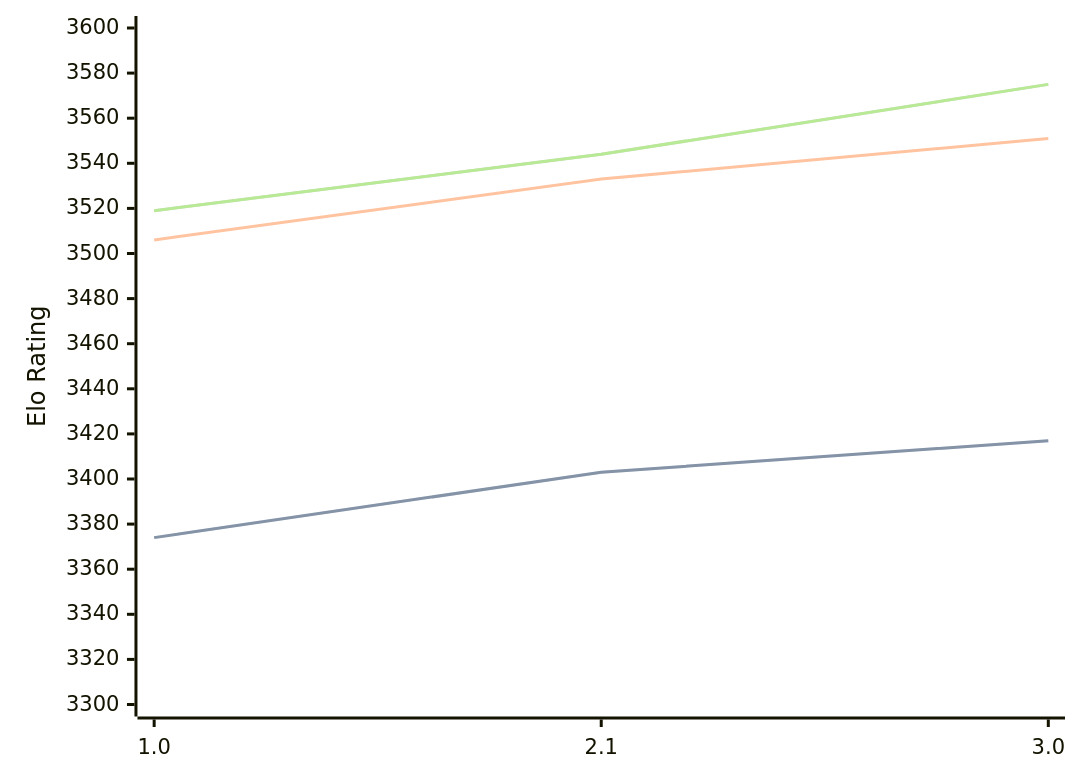
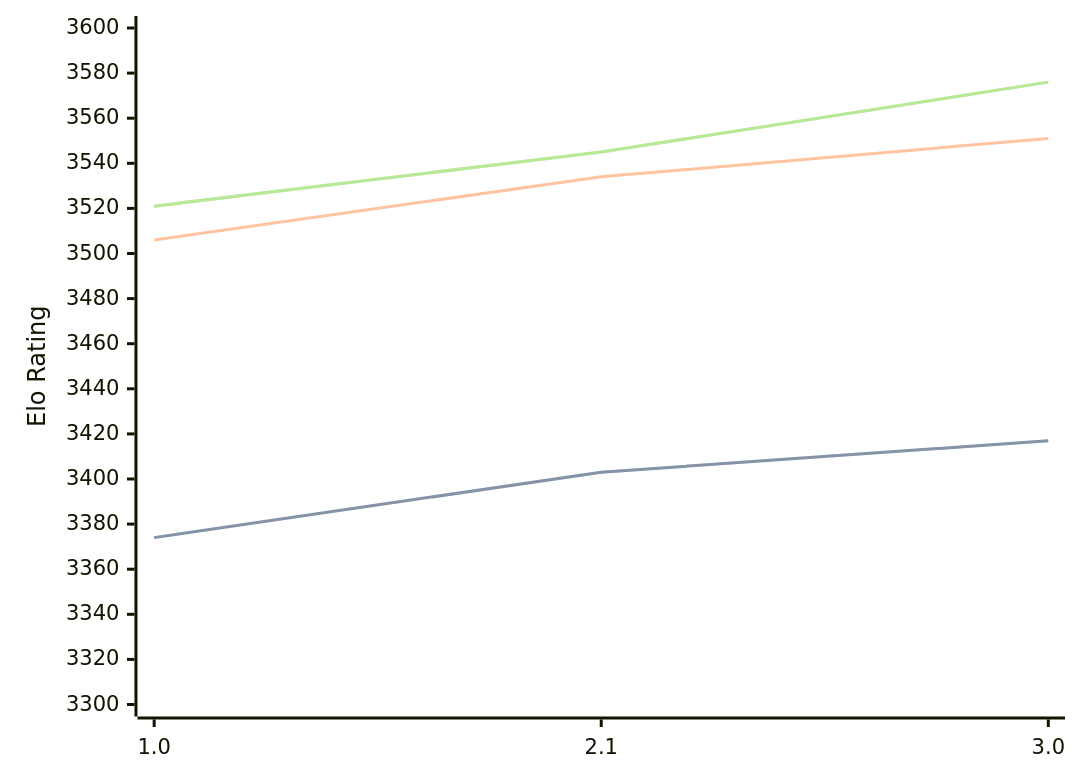
The diagram in engines/Hobbes.md (computer-chess-index/cci), drawn with Mermaid before and after one commit. The commit also changed other lines of this file, not shown here.

Commit message:
Update CCI Ratings (ELO VLTC) - 2026-09-04

````diff
--- a/engines/Hobbes.md
+++ b/engines/Hobbes.md
@@ -33,11 +33,11 @@
 ```mermaid
 %%{init: {"theme":"base","themeVariables":{"seriesColors:['#a3a3a3','#222221','#faa371']}}}%%
 xychart-beta
   x-axis ["1.0", "2.1", "3.0"]
   y-axis "Elo Rating" 3300 --> 3600
   line "" [3374, 3403, 3417]
   line "STC (8.0+0.08s)" [3374, 3403, 3417]
-  line "LTC (60.0+0.60s)" [3506, 3533, 3551]
-  line "" [3519, 3544, 3575]
-  line "VLTC (2m24s+1.12s)" [3519, 3544, 3575]
+  line "LTC (60.0+0.60s)" [3506, 3534, 3551]
+  line "" [3521, 3545, 3576]
+  line "VLTC (2m24s+1.12s)" [3521, 3545, 3576]
 ```
````
